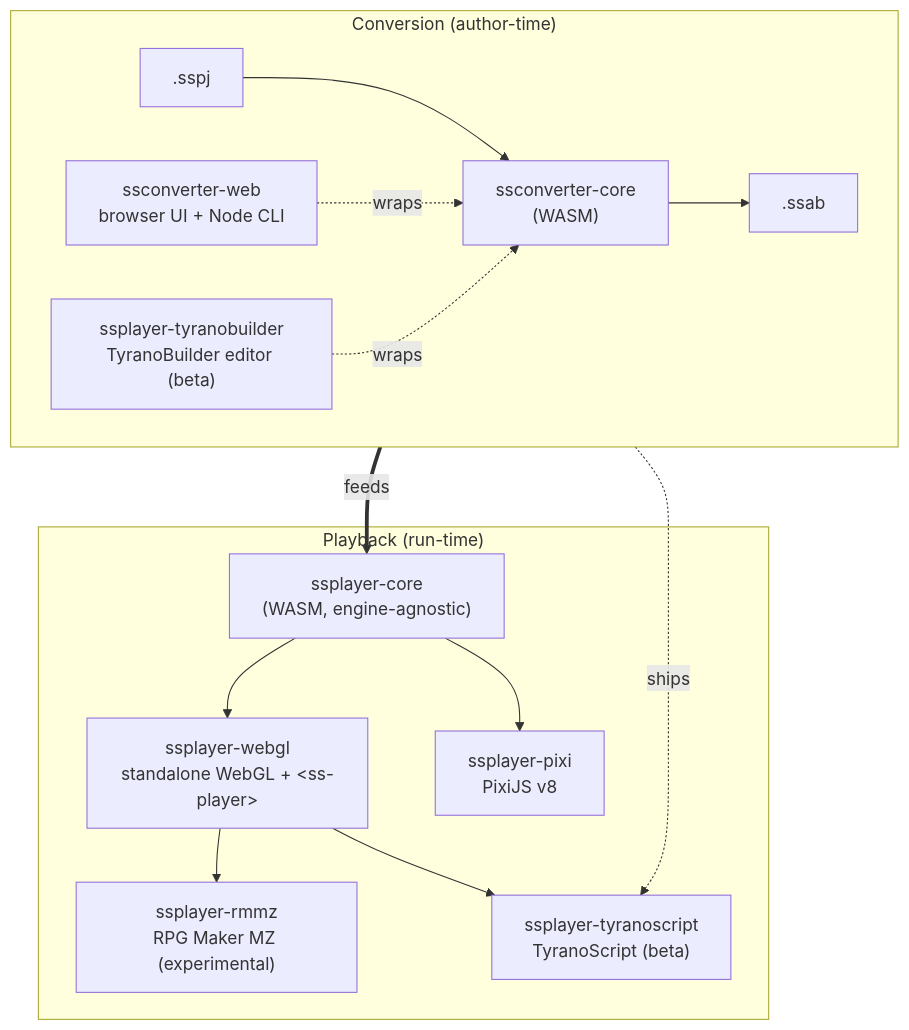
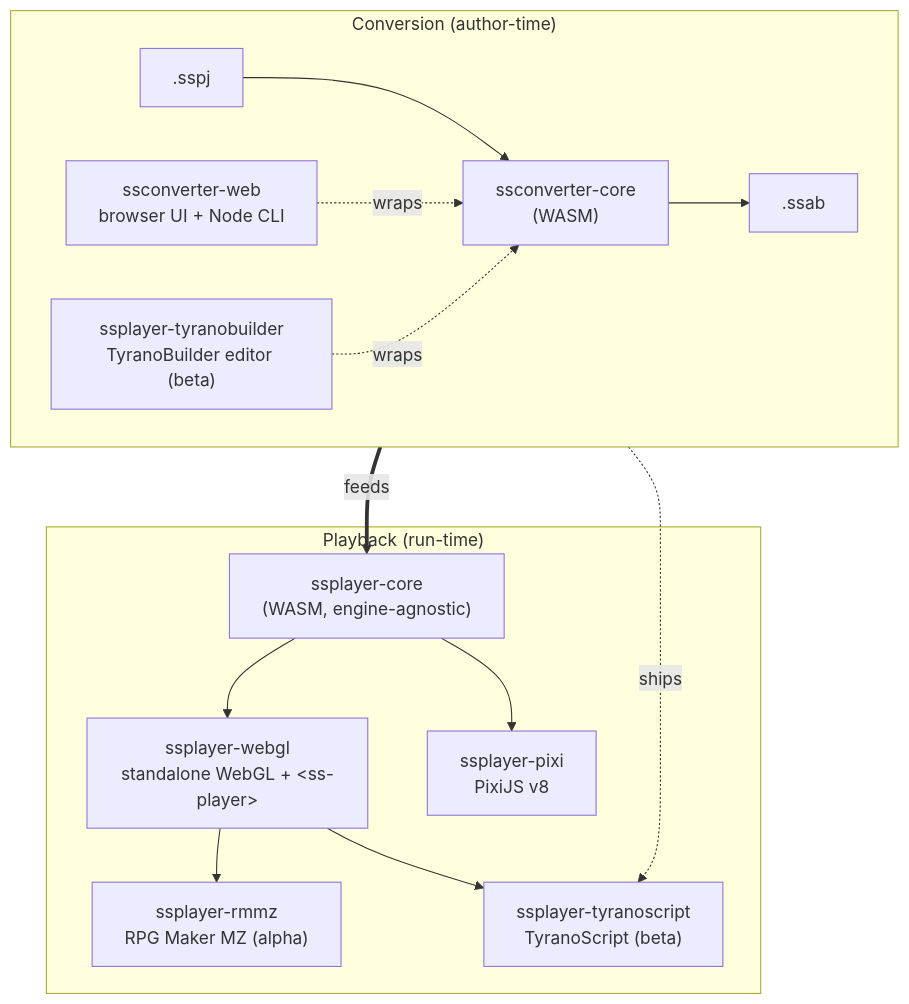
Before and after one commit to cri-middleware/SSPlayerForWeb: the diagram in README.md, drawn with Mermaid. The commit also changed other lines of this file and 23 other files, not shown here.

````diff
--- a/README.md
+++ b/README.md
@@ -104,24 +104,24 @@
 ```mermaid
 flowchart TD
     subgraph conv ["Conversion (author-time)"]
         direction LR
         sspj[".sspj"] --> convcore["ssconverter-core<br/>(WASM)"] --> ssab[".ssab"]
         convweb["ssconverter-web<br/>browser UI + Node CLI"] -. wraps .-> convcore
         tyranob["ssplayer-tyranobuilder<br/>TyranoBuilder editor (beta)"] -. wraps .-> convcore
     end
 
     subgraph play ["Playback (run-time)"]
         core["ssplayer-core<br/>(WASM, engine-agnostic)"]
         webgl["ssplayer-webgl<br/>standalone WebGL + &lt;ss-player&gt;"]
         pixi["ssplayer-pixi<br/>PixiJS v8"]
-        rmmz["ssplayer-rmmz<br/>RPG Maker MZ (experimental)"]
+        rmmz["ssplayer-rmmz<br/>RPG Maker MZ (alpha)"]
         tyrano["ssplayer-tyranoscript<br/>TyranoScript (beta)"]
         core --> webgl
         core --> pixi
         webgl --> rmmz
         webgl --> tyrano
     end
 
     tyranob -. ships .-> tyrano
     ssab ==>|feeds| core
 ```
````
